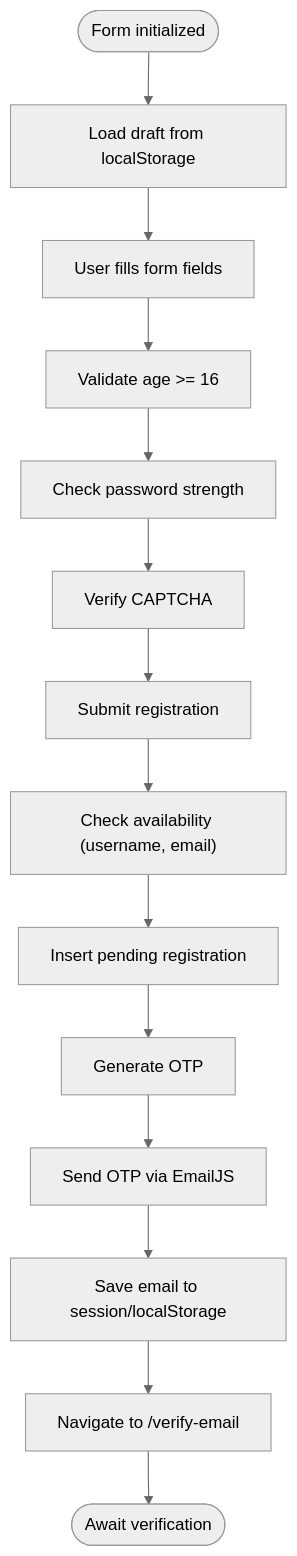
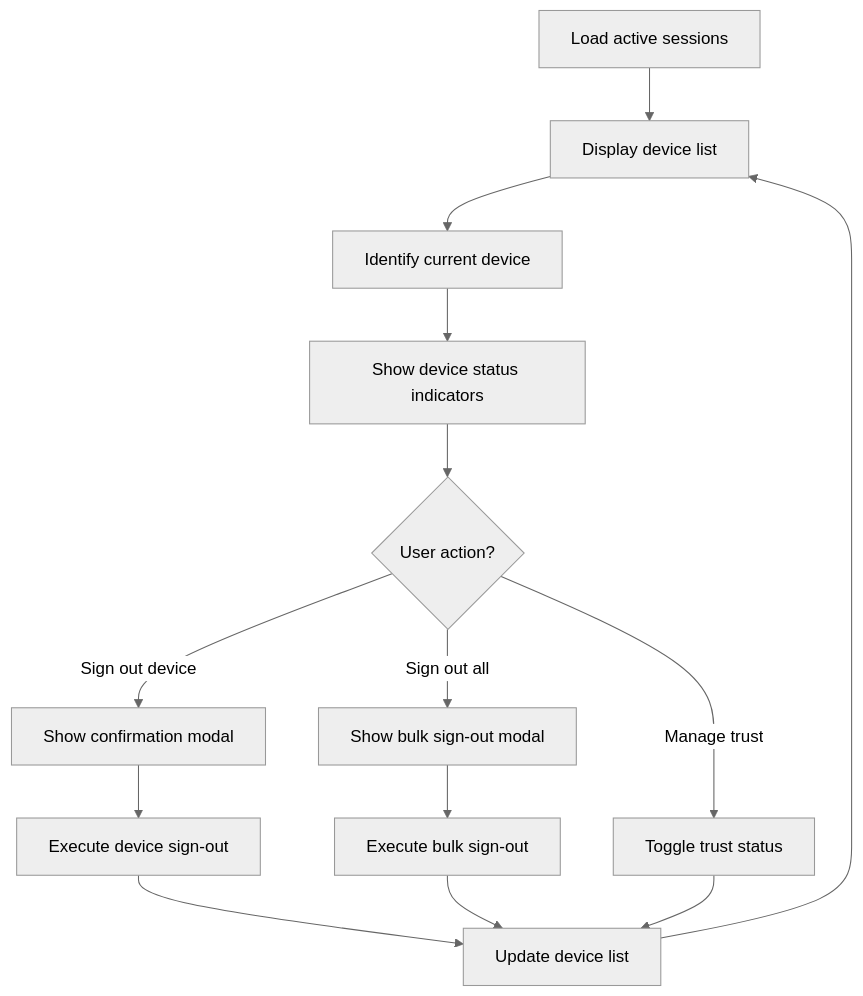
Before and after one commit to zpria/ACCOUND-ZPRIA: the fourth of 9 diagrams in .qoder/repowiki/en/content/Page Components/Authentication Pages.md, drawn with Mermaid (neutral theme). The commit also changed other lines of this file and 12 other files, not shown here.

````diff
--- a/.qoder/repowiki/en/content/Page Components/Authentication Pages.md
+++ b/.qoder/repowiki/en/content/Page Components/Authentication Pages.md
@@ -220,16 +216,16 @@
 ```mermaid
 flowchart TD
-Start(["Form initialized"]) --> LoadDraft["Load draft from localStorage"]
-LoadDraft --> InputFields["User fills form fields"]
-InputFields --> ValidateAge["Validate age >= 16"]
-ValidateAge --> ValidatePassword["Check password strength"]
-ValidatePassword --> ValidateCAPTCHA["Verify CAPTCHA"]
-ValidateCAPTCHA --> Submit["Submit registration"]
-Submit --> CheckAvail["Check availability (username, email)"]
-CheckAvail --> InsertPending["Insert pending registration"]
-InsertPending --> CreateOTP["Generate OTP"]
-CreateOTP --> SendEmail["Send OTP via EmailJS"]
-SendEmail --> SaveEmail["Save email to session/localStorage"]
-SaveEmail --> NavigateVerify["Navigate to /verify-email"]
-NavigateVerify --> End(["Await verification"])
+LoadDevices["Load active sessions"] --> DisplayDevices["Display device list"]
+DisplayDevices --> CheckCurrent["Identify current device"]
+CheckCurrent --> ShowStatus["Show device status indicators"]
+ShowStatus --> UserAction{"User action?"}
+UserAction --> |Sign out device| ConfirmSignOut["Show confirmation modal"]
+UserAction --> |Sign out all| ConfirmSignOutAll["Show bulk sign-out modal"]
+UserAction --> |Manage trust| ToggleTrust["Toggle trust status"]
+ConfirmSignOut --> ExecuteSignOut["Execute device sign-out"]
+ConfirmSignOutAll --> ExecuteSignOutAll["Execute bulk sign-out"]
+ExecuteSignOut --> UpdateList["Update device list"]
+ExecuteSignOutAll --> UpdateList
+ToggleTrust --> UpdateList
+UpdateList --> DisplayDevices
 ```
````
